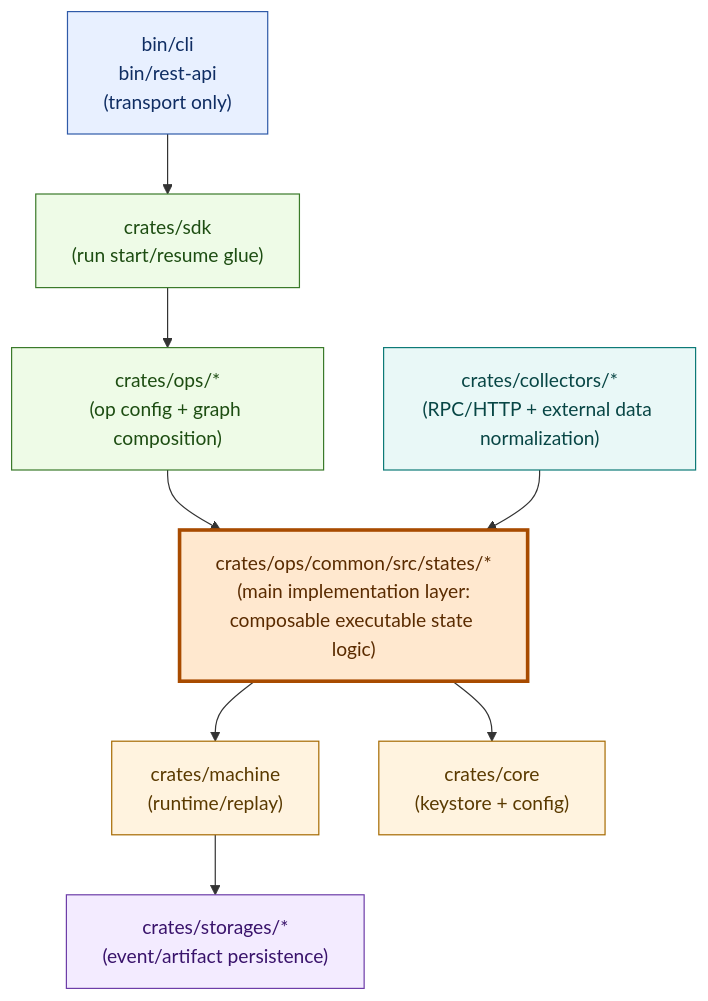
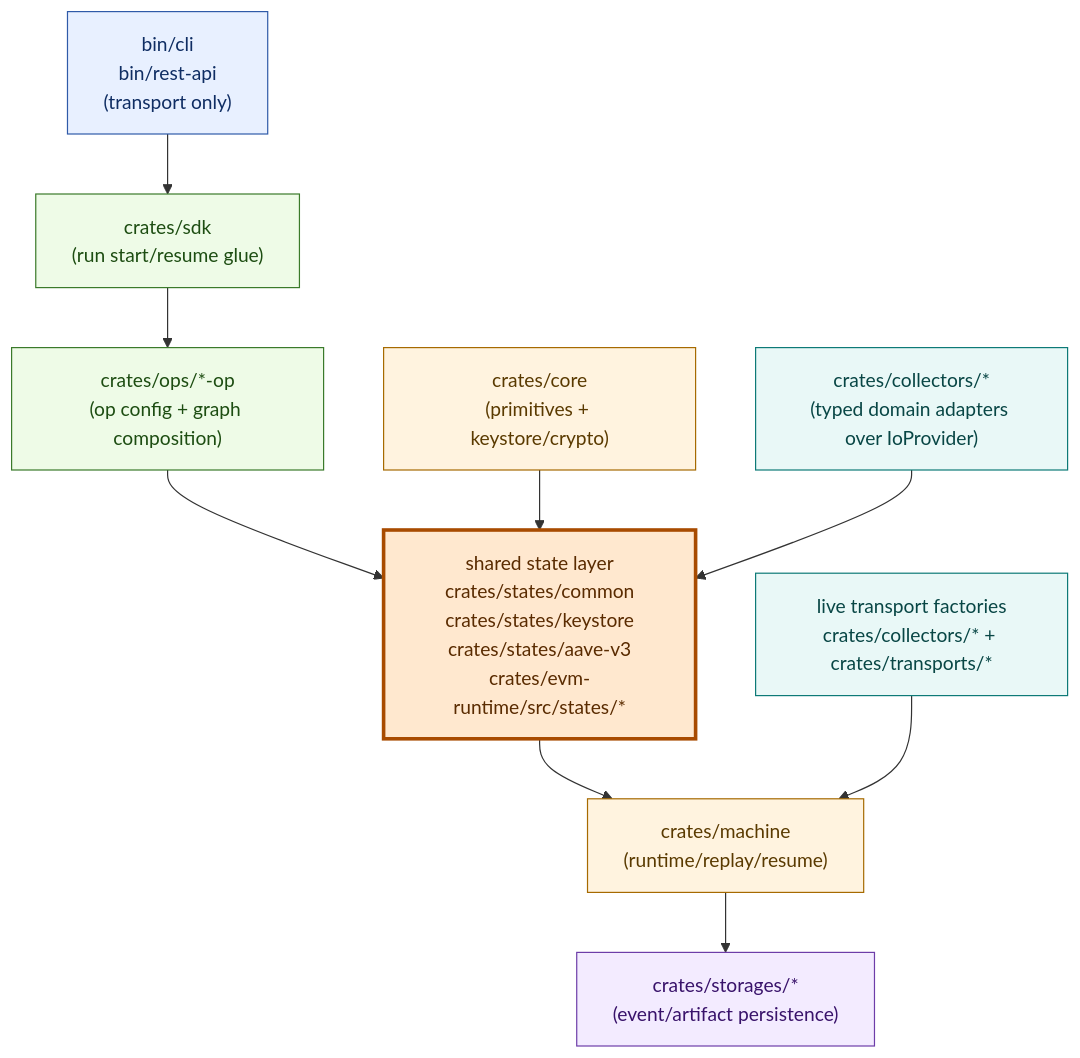
One commit to willyrgf/mfm changed the diagram in README.md. Above: the diagram before and after it, drawn with Mermaid. The commit also changed other lines of this file, not shown here.

Commit message:
docs(readme): refresh architecture-at-a-glance for state-layer model

````diff
--- a/README.md
+++ b/README.md
@@ -9,24 +9,25 @@
 ```mermaid
 flowchart TD
     B["bin/cli<br/>bin/rest-api<br/>(transport only)"] --> S["crates/sdk<br/>(run start/resume glue)"]
-    S --> O["crates/ops/*<br/>(op config + graph composition)"]
-    O --> C["crates/ops/common/src/states/*<br/>(main implementation layer:<br/>composable executable state logic)"]
-    C --> M["crates/machine<br/>(runtime/replay)"]
-    C --> K["crates/core<br/>(keystore + config)"]
+    S --> O["crates/ops/*-op<br/>(op config + graph composition)"]
+    O --> SH["shared state layer<br/>crates/states/common<br/>crates/states/keystore<br/>crates/states/aave-v3<br/>crates/evm-runtime/src/states/*"]
+    SH --> M["crates/machine<br/>(runtime/replay/resume)"]
     M --> ST["crates/storages/*<br/>(event/artifact persistence)"]
-    COL["crates/collectors/*<br/>(RPC/HTTP + external data normalization)"] --> C
+    K["crates/core<br/>(primitives + keystore/crypto)"] --> SH
+    AD["crates/collectors/*<br/>(typed domain adapters over IoProvider)"] --> SH
+    LT["live transport factories<br/>crates/collectors/* + crates/transports/*"] --> M
 
     classDef transport fill:#e8f0ff,stroke:#2f5aa8,color:#0f2d63,stroke-width:1px;
     classDef orchestration fill:#eefbe7,stroke:#3a7a2a,color:#1d4d12,stroke-width:1px;
     classDef statecore fill:#ffe8cf,stroke:#a84b00,color:#5a2b00,stroke-width:3px;
     classDef engine fill:#fff3df,stroke:#a66a00,color:#5a3a00,stroke-width:1px;
     classDef storage fill:#f3ebff,stroke:#6d3da8,color:#39136b,stroke-width:1px;
     classDef adapter fill:#e9f8f7,stroke:#0d7a77,color:#084645,stroke-width:1px;
 
     class B transport;
     class S,O orchestration;
-    class C statecore;
+    class SH statecore;
     class M,K engine;
     class ST storage;
-    class COL adapter;
+    class AD,LT adapter;
 ```
````
